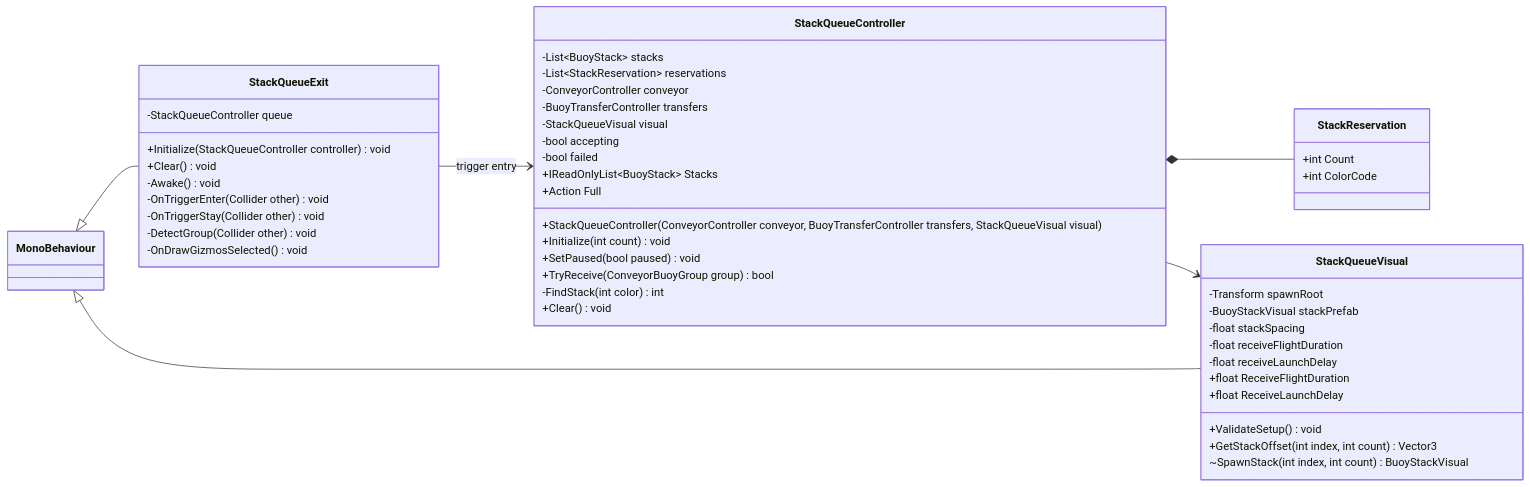
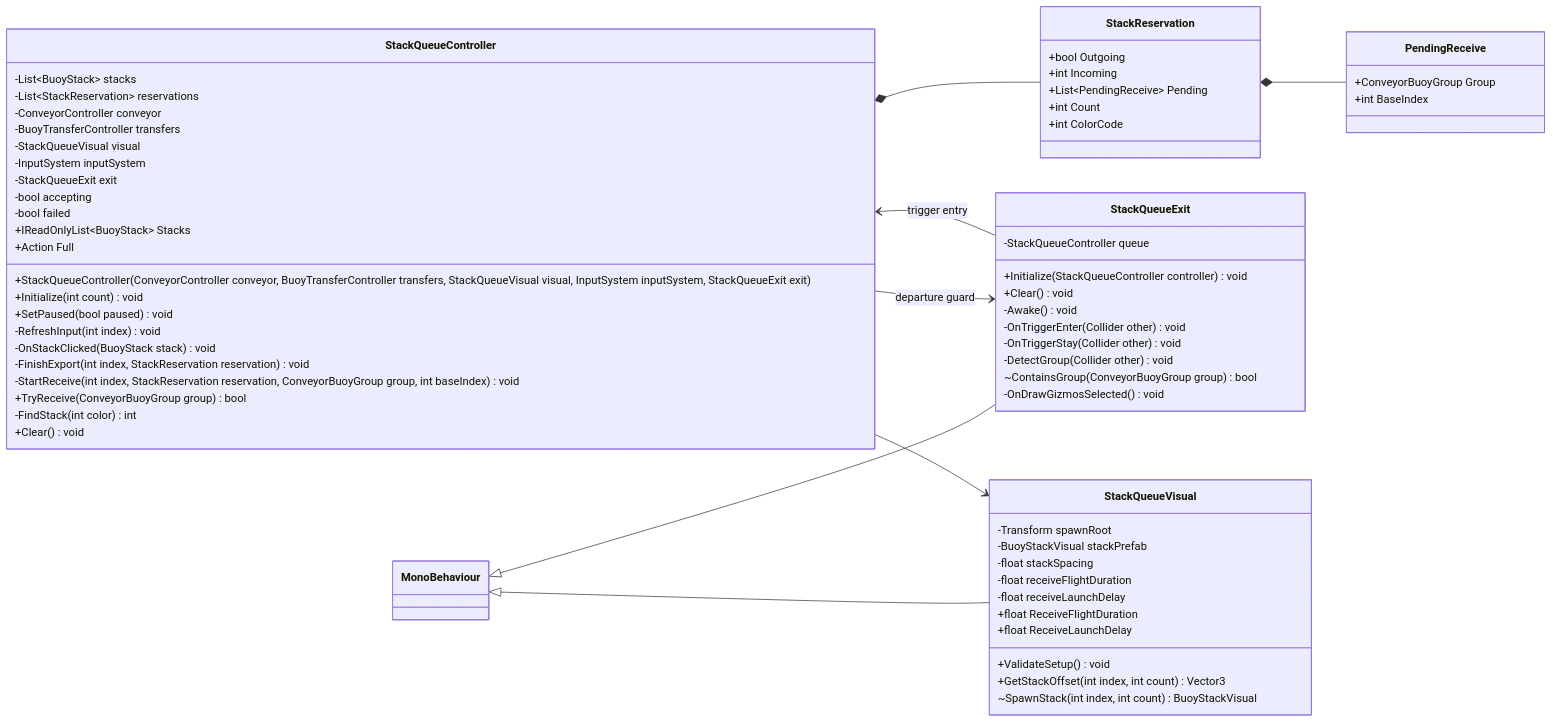
Before and after one commit to nchuoi2443/WaterConveyorSort: the fifth of 8 diagrams in Docs/ClassDiagram.md, drawn with Mermaid. The commit also changed other lines of this file and 17 other files, not shown here.

````diff
--- a/Docs/ClassDiagram.md
+++ b/Docs/ClassDiagram.md
@@ -932,52 +942,68 @@
 ```mermaid
 classDiagram
 direction LR
 class StackQueueController {
     -List~BuoyStack~ stacks
     -List~StackReservation~ reservations
     -ConveyorController conveyor
     -BuoyTransferController transfers
     -StackQueueVisual visual
+    -InputSystem inputSystem
+    -StackQueueExit exit
     -bool accepting
     -bool failed
     +IReadOnlyList~BuoyStack~ Stacks
     +Action Full
-    +StackQueueController(ConveyorController conveyor, BuoyTransferController transfers, StackQueueVisual visual)
+    +StackQueueController(ConveyorController conveyor, BuoyTransferController transfers, StackQueueVisual visual, InputSystem inputSystem, StackQueueExit exit)
     +Initialize(int count) void
     +SetPaused(bool paused) void
+    -RefreshInput(int index) void
+    -OnStackClicked(BuoyStack stack) void
+    -FinishExport(int index, StackReservation reservation) void
+    -StartReceive(int index, StackReservation reservation, ConveyorBuoyGroup group, int baseIndex) void
     +TryReceive(ConveyorBuoyGroup group) bool
     -FindStack(int color) int
     +Clear() void
 }
+class PendingReceive {
+    +ConveyorBuoyGroup Group
+    +int BaseIndex
+}
 class StackReservation {
+    +bool Outgoing
+    +int Incoming
+    +List~PendingReceive~ Pending
     +int Count
     +int ColorCode
 }
 class StackQueueExit {
     -StackQueueController queue
     +Initialize(StackQueueController controller) void
     +Clear() void
     -Awake() void
     -OnTriggerEnter(Collider other) void
     -OnTriggerStay(Collider other) void
     -DetectGroup(Collider other) void
+    ~ContainsGroup(ConveyorBuoyGroup group) bool
     -OnDrawGizmosSelected() void
 }
 MonoBehaviour <|-- StackQueueExit
 class StackQueueVisual {
     -Transform spawnRoot
     -BuoyStackVisual stackPrefab
     -float stackSpacing
     -float receiveFlightDuration
     -float receiveLaunchDelay
     +float ReceiveFlightDuration
     +float ReceiveLaunchDelay
     +ValidateSetup() void
     +GetStackOffset(int index, int count) Vector3
     ~SpawnStack(int index, int count) BuoyStackVisual
 }
 MonoBehaviour <|-- StackQueueVisual
 StackQueueController *-- StackReservation
 StackQueueController --> StackQueueVisual
+StackQueueController --> StackQueueExit : departure guard
+StackReservation *-- PendingReceive
 StackQueueExit --> StackQueueController : trigger entry
 ```
````
